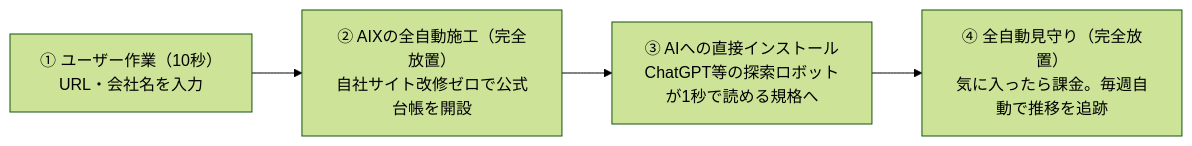
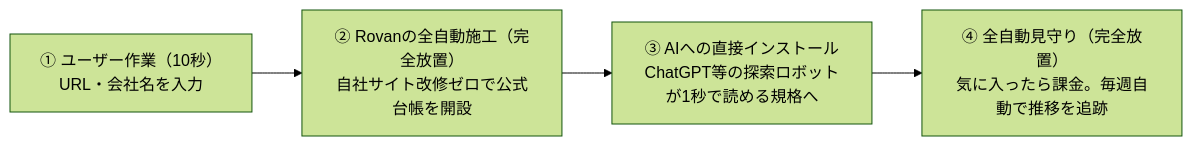
Before and after one commit to salve-de/AIX-next: the first of 2 diagrams in docs/PROJECT_MASTER_HISTORY_AND_STRATEGY.md, drawn with Mermaid (forest theme). The commit also changed other lines of this file and 77 other files, not shown here.

````diff
--- a/docs/PROJECT_MASTER_HISTORY_AND_STRATEGY.md
+++ b/docs/PROJECT_MASTER_HISTORY_AND_STRATEGY.md
@@ -70,6 +72,6 @@
 ```mermaid
 flowchart LR
-    A["① ユーザー作業（10秒）<br>URL・会社名を入力"] --> B["② AIXの全自動施工（完全放置）<br>自社サイト改修ゼロで公式台帳を開設"]
+    A["① ユーザー作業（10秒）<br>URL・会社名を入力"] --> B["② Rovanの全自動施工（完全放置）<br>自社サイト改修ゼロで公式台帳を開設"]
     B --> C["③ AIへの直接インストール<br>ChatGPT等の探索ロボットが1秒で読める規格へ"]
     C --> D["④ 全自動見守り（完全放置）<br>気に入ったら課金。毎週自動で推移を追跡"]
 ```
````
